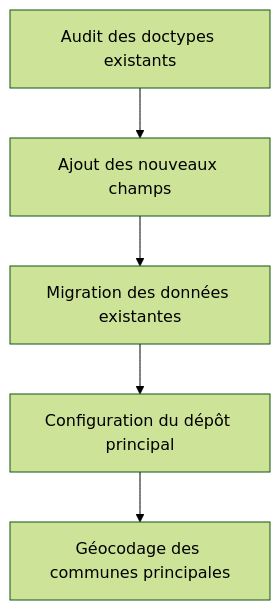
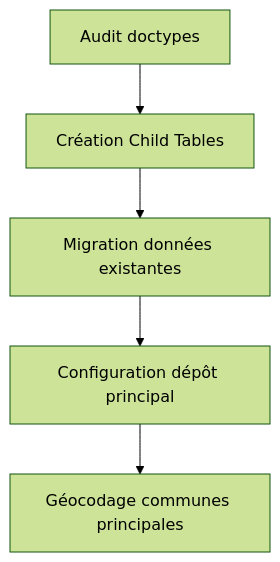
Before and after one commit to Medigone/log: the first of 4 diagrams in .trae/documents/specification_repartition_livraisons.md, drawn with Mermaid (forest theme). The commit also changed other lines of this file and 39 other files, not shown here.

````diff
--- a/.trae/documents/specification_repartition_livraisons.md
+++ b/.trae/documents/specification_repartition_livraisons.md
@@ -546,7 +575,7 @@
 ```mermaid
 graph TD
-    A[Audit des doctypes existants] --> B[Ajout des nouveaux champs]
-    B --> C[Migration des données existantes]
-    C --> D[Configuration du dépôt principal]
-    D --> E[Géocodage des communes principales]
+    A[Audit doctypes] --> B[Création Child Tables]
+    B --> C[Migration données existantes]
+    C --> D[Configuration dépôt principal]
+    D --> E[Géocodage communes principales]
 ```
````
